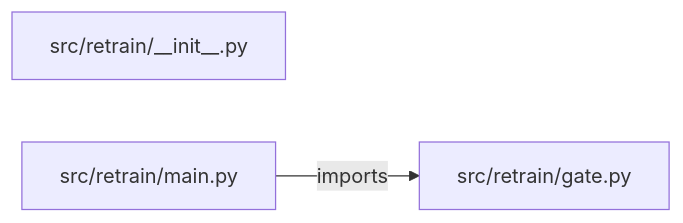
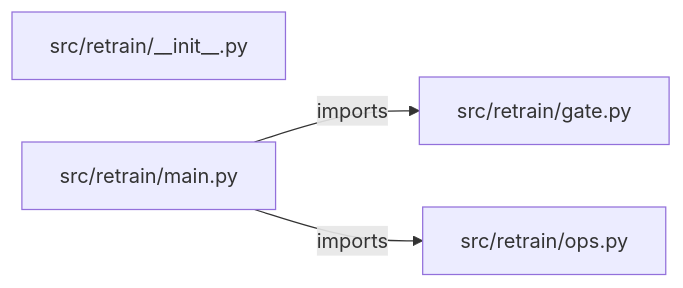
Before and after one commit to iarsingh/automated-model-retraining-system: the diagram in PROJECT_ARCHITECTURE.md, drawn with Mermaid. The commit also changed other lines of this file and 2 other files, not shown here.

Commit message:
Refresh architecture and interview guides from current implementation

````diff
--- a/PROJECT_ARCHITECTURE.md
+++ b/PROJECT_ARCHITECTURE.md
@@ -13,7 +13,9 @@
 ```mermaid
 flowchart LR
     M0["src/retrain/__init__.py"]
     M1["src/retrain/gate.py"]
     M2["src/retrain/main.py"]
+    M3["src/retrain/ops.py"]
     M2 -->|imports| M1
+    M2 -->|imports| M3
 ```
````
